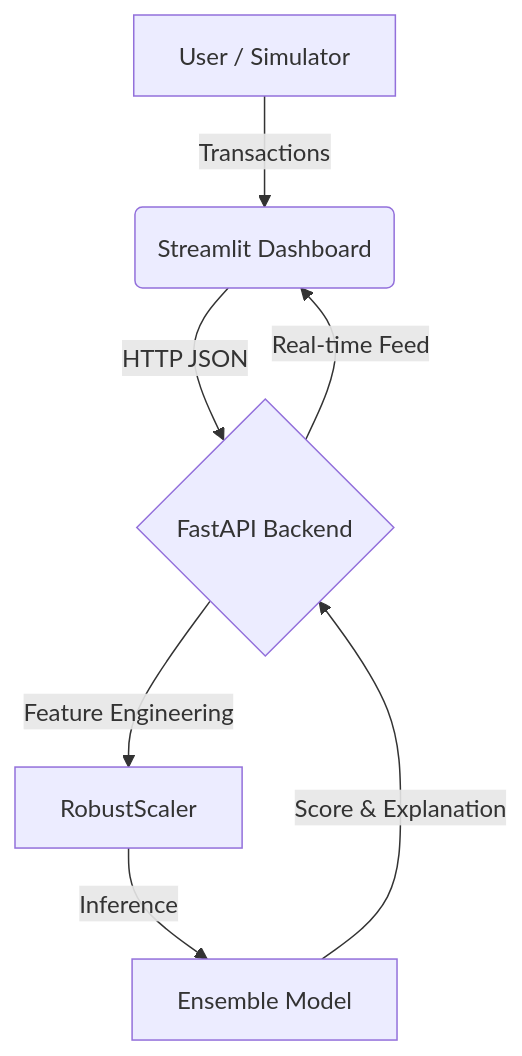
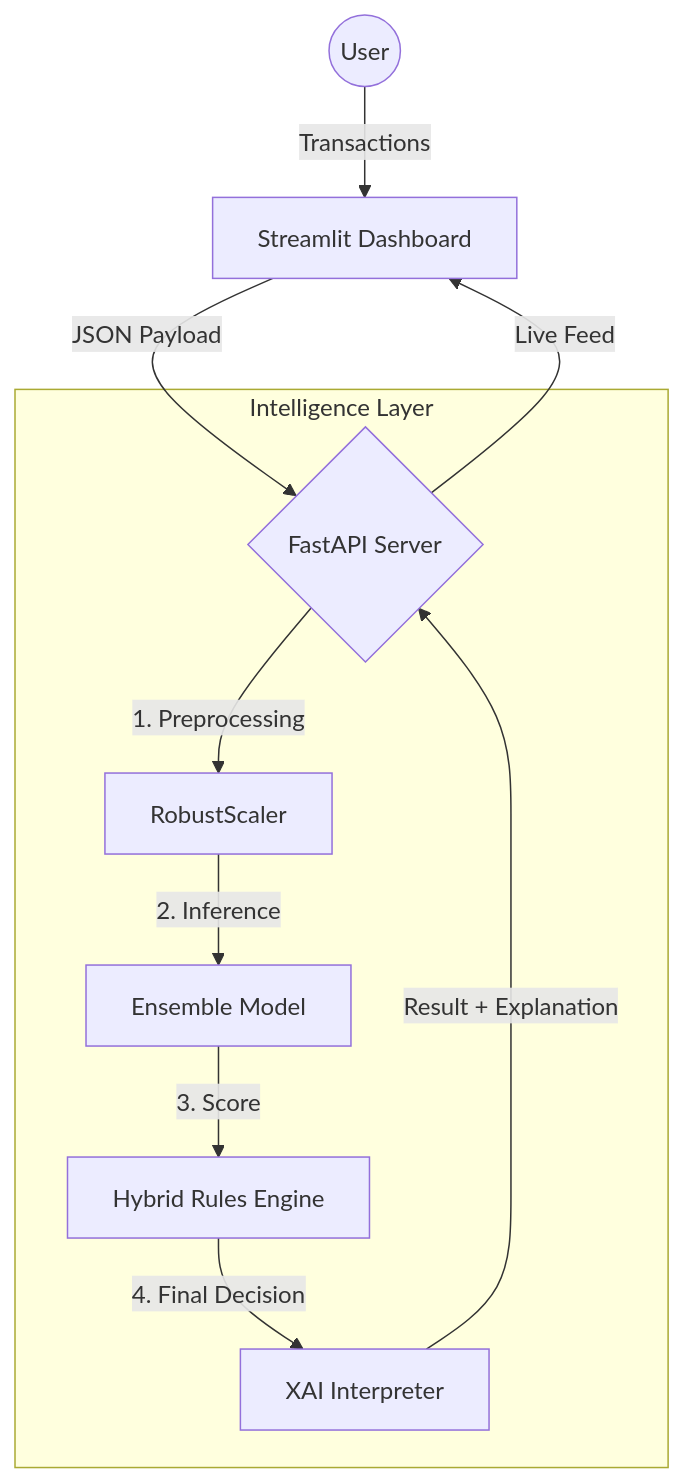
Before and after one commit to Vpandey-tech/Fraud-Detection-System-Using-Ensemble-Learning: the diagram in FraudDetectionSystem/OFFICIAL_PROJECT_DOCUMENTATION.md, drawn with Mermaid. The commit also changed other lines of this file, not shown here.

Commit message:
Enhance official documentation with deep system analysis and diagrams

````diff
--- a/FraudDetectionSystem/OFFICIAL_PROJECT_DOCUMENTATION.md
+++ b/FraudDetectionSystem/OFFICIAL_PROJECT_DOCUMENTATION.md
@@ -23,9 +39,15 @@
 ```mermaid
 graph TD
-    A[User / Simulator] -->|Transactions| B(Streamlit Dashboard);
-    B -->|HTTP JSON| C{FastAPI Backend};
-    C -->|Feature Engineering| D[RobustScaler];
-    D -->|Inference| E[Ensemble Model];
-    E -->|Score & Explanation| C;
-    C -->|Real-time Feed| B;
+    User((User)) -->|Transactions| UI[Streamlit Dashboard]
+    UI -->|JSON Payload| API{FastAPI Server}
+    
+    subgraph "Intelligence Layer"
+        API -->|1. Preprocessing| Scaler[RobustScaler]
+        Scaler -->|2. Inference| Model[Ensemble Model]
+        Model -->|3. Score| Hybrid[Hybrid Rules Engine]
+        Hybrid -->|4. Final Decision| XAI[XAI Interpreter]
+    end
+    
+    XAI -->|Result + Explanation| API
+    API -->|Live Feed| UI
 ```
````
